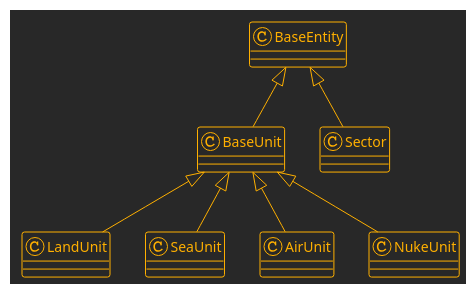
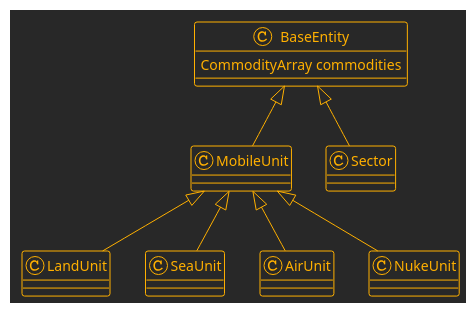
The fourth of 6 diagrams in DESIGN_CONCEPTS.md (marknelsonengineer/empire), drawn with PlantUML before and after one commit. The commit also changed other lines of this file and 6 other files, not shown here.

```diff
--- a/DESIGN_CONCEPTS.md
+++ b/DESIGN_CONCEPTS.md
@@ -126,21 +159,23 @@
 @startuml
 !theme crt-amber
-skinparam classAttributeIconSize 0
 
-class BaseEntity
 class Sector
-class BaseUnit
+class BaseEntity {
+  CommodityArray commodities
+}
+
+class MobileUnit
 class LandUnit
 class SeaUnit
 class AirUnit
 class NukeUnit
 
-' Relationships (inheritance)
+' Relationships
 Sector          -up-|> BaseEntity
-BaseUnit        -up-|> BaseEntity
-LandUnit        -up-|> BaseUnit
-SeaUnit         -up-|> BaseUnit
-AirUnit         -up-|> BaseUnit
-NukeUnit        -up-|> BaseUnit
+MobileUnit        -up-|> BaseEntity
+LandUnit        -up-|> MobileUnit
+SeaUnit         -up-|> MobileUnit
+AirUnit         -up-|> MobileUnit
+NukeUnit        -up-|> MobileUnit
 
 @enduml
```
